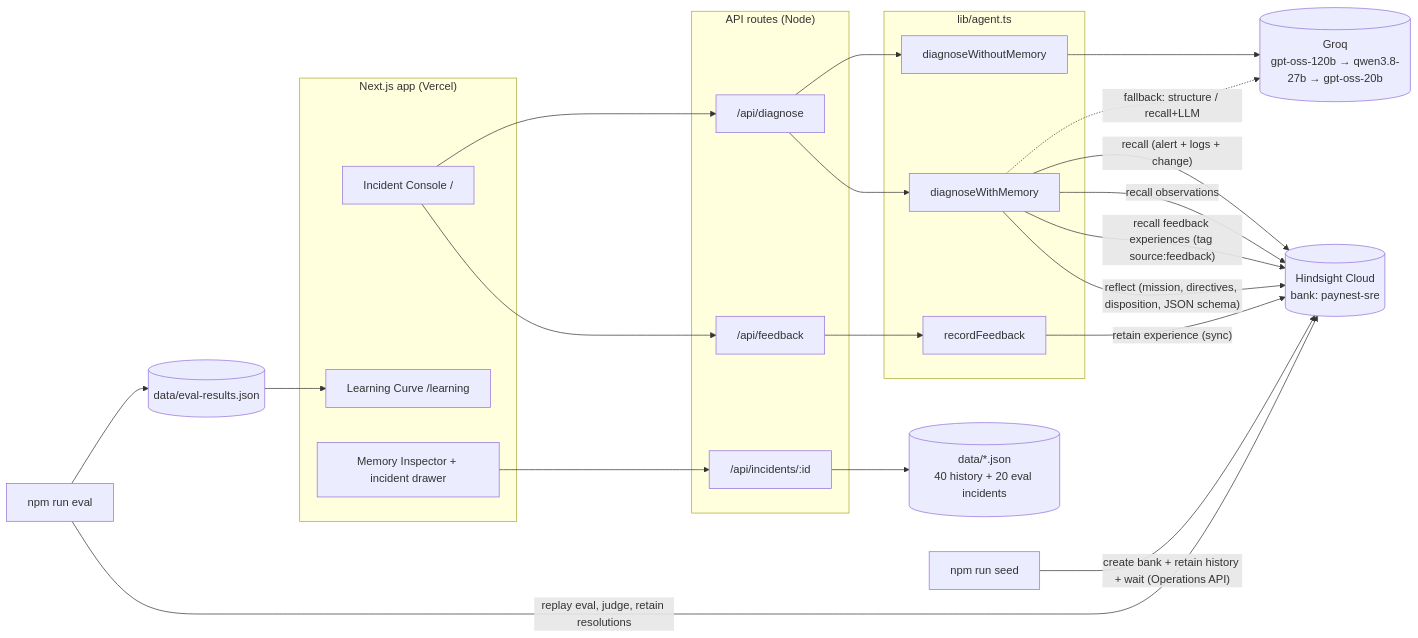
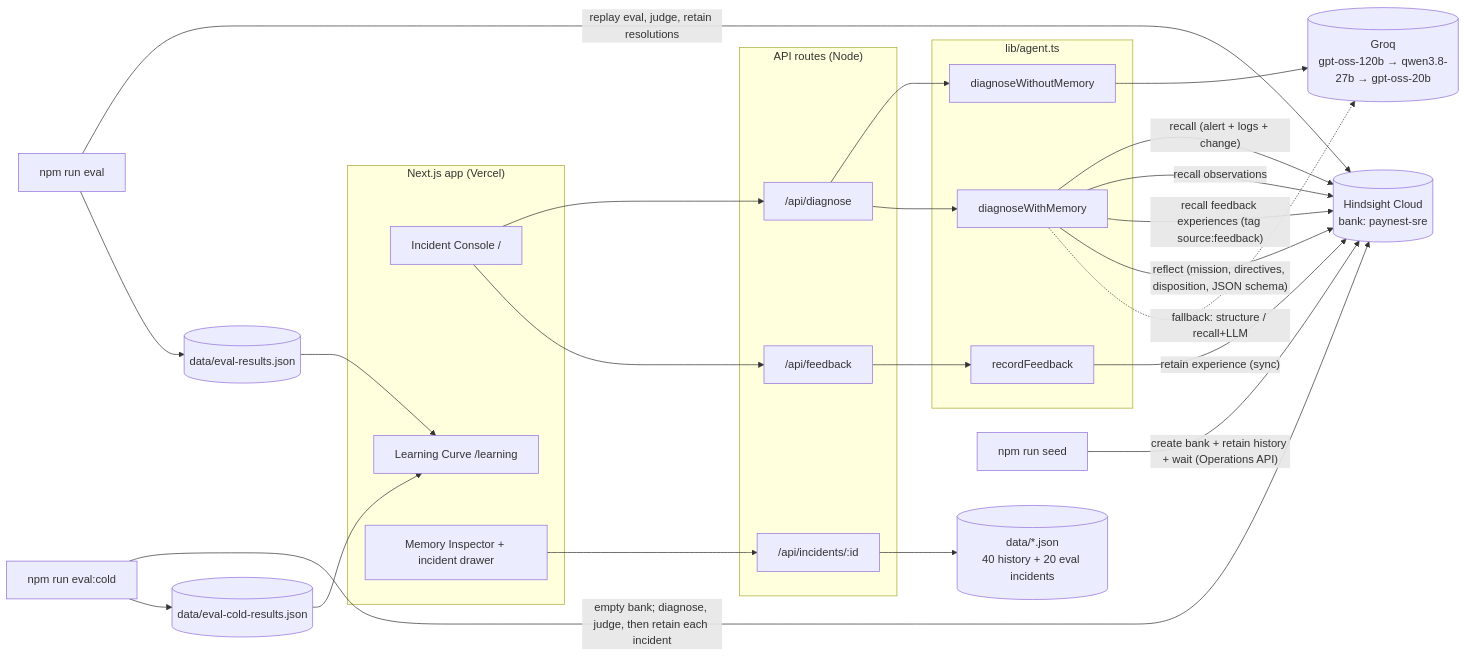
The diagram in README.md (SANTHOSHINI-CHIDIRALA/deja-vu), drawn with Mermaid before and after one commit. The commit also changed other lines of this file and 2 other files, not shown here.

First line of the commit message:
Add DEMO.md stage script; README cold-start results

````diff
--- a/README.md
+++ b/README.md
@@ -35,34 +37,36 @@
 ```mermaid
 flowchart LR
   subgraph UI["Next.js app (Vercel)"]
     C["Incident Console /"]
     L["Learning Curve /learning"]
     MI["Memory Inspector + incident drawer"]
   end
   subgraph API["API routes (Node)"]
     D["/api/diagnose"]
     F["/api/feedback"]
     I["/api/incidents/:id"]
   end
   subgraph Agent["lib/agent.ts"]
     OFF["diagnoseWithoutMemory"]
     ON["diagnoseWithMemory"]
     FB["recordFeedback"]
   end
   G[("Groq<br/>gpt-oss-120b → qwen3.8-27b → gpt-oss-20b")]
   H[("Hindsight Cloud<br/>bank: paynest-sre")]
   DATA[("data/*.json<br/>40 history + 20 eval incidents")]
 
   C --> D --> OFF --> G
   D --> ON
   ON -- "recall (alert + logs + change)" --> H
   ON -- "recall observations" --> H
   ON -- "recall feedback experiences (tag source:feedback)" --> H
   ON -- "reflect (mission, directives, disposition, JSON schema)" --> H
   ON -. "fallback: structure / recall+LLM" .-> G
   C --> F --> FB -- "retain experience (sync)" --> H
   MI --> I --> DATA
   S["npm run seed"] -- "create bank + retain history + wait (Operations API)" --> H
   E["npm run eval"] -- "replay eval, judge, retain resolutions" --> H
   E --> R[("data/eval-results.json")] --> L
+  EC["npm run eval:cold"] -- "empty bank; diagnose, judge, then retain each incident" --> H
+  EC --> RC[("data/eval-cold-results.json")] --> L
 ```
````
